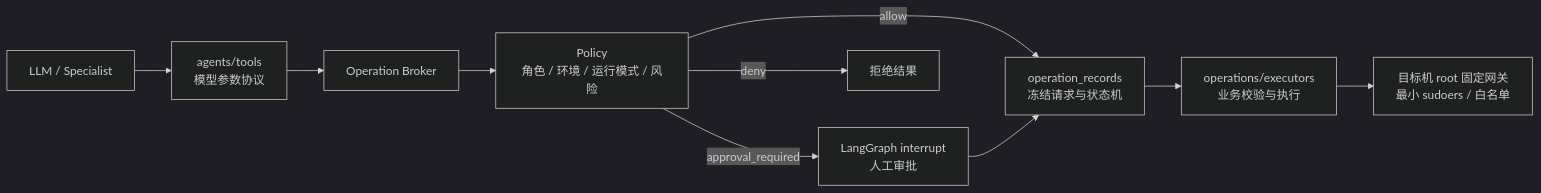
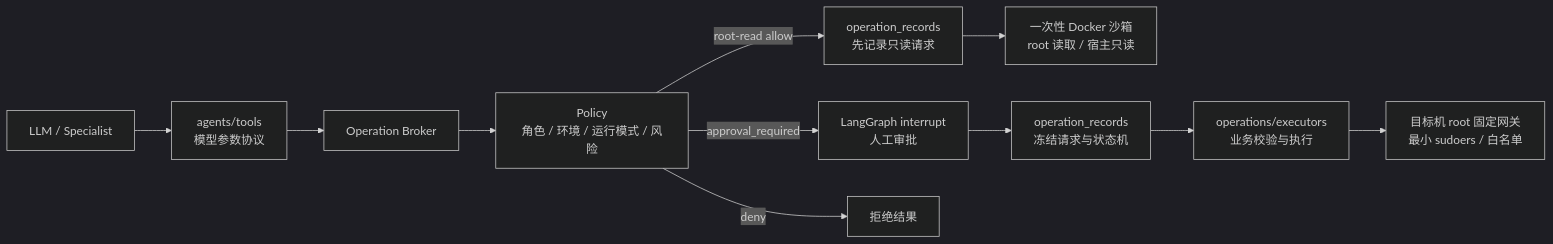
The diagram in docs/operation-execution-architecture.md (zangyalong/AIOps), drawn with Mermaid (dark theme) before and after one commit. The commit also changed other lines of this file and 26 other files, not shown here.

````diff
--- a/docs/operation-execution-architecture.md
+++ b/docs/operation-execution-architecture.md
@@ -6,12 +6,13 @@
 ```mermaid
 flowchart LR
     LLM["LLM / Specialist"] --> TOOL["agents/tools<br/>模型参数协议"]
     TOOL --> BROKER["Operation Broker"]
     BROKER --> POLICY["Policy<br/>角色 / 环境 / 运行模式 / 风险"]
-    POLICY -->|allow| AUDIT["operation_records<br/>冻结请求与状态机"]
+    POLICY -->|root-read allow| READ_AUDIT["operation_records<br/>先记录只读请求"]
+    READ_AUDIT --> READ_SANDBOX["一次性 Docker 沙箱<br/>root 读取 / 宿主只读"]
     POLICY -->|approval_required| APPROVAL["LangGraph interrupt<br/>人工审批"]
-    APPROVAL --> AUDIT
+    APPROVAL --> WRITE_AUDIT["operation_records<br/>冻结请求与状态机"]
     POLICY -->|deny| RESULT["拒绝结果"]
-    AUDIT --> EXECUTOR["operations/executors<br/>业务校验与执行"]
+    WRITE_AUDIT --> EXECUTOR["operations/executors<br/>业务校验与执行"]
     EXECUTOR --> GATEWAY["目标机 root 固定网关<br/>最小 sudoers / 白名单"]
 ```
````
